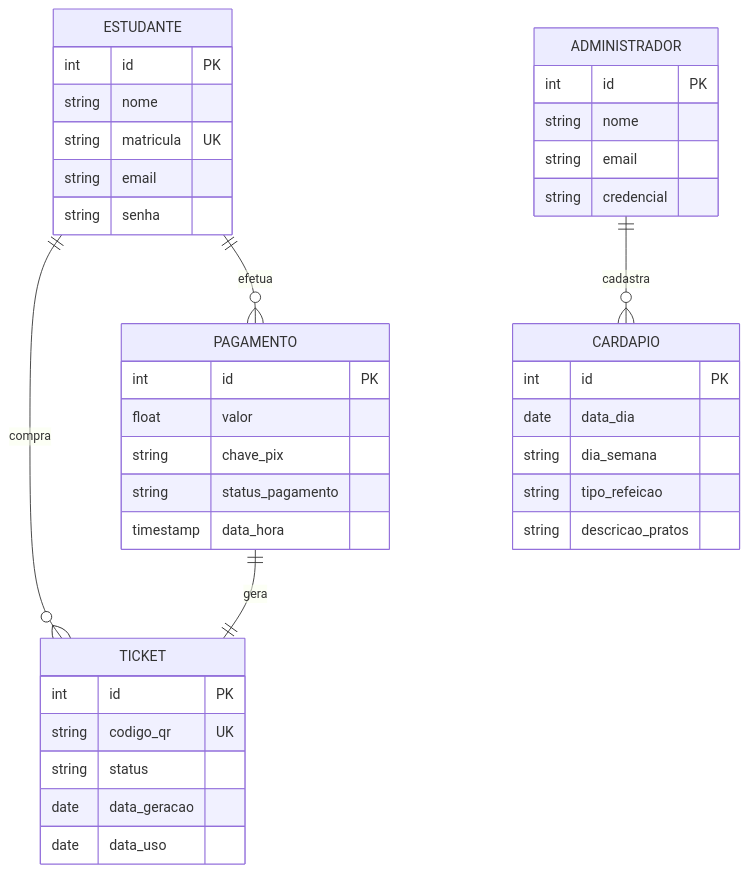
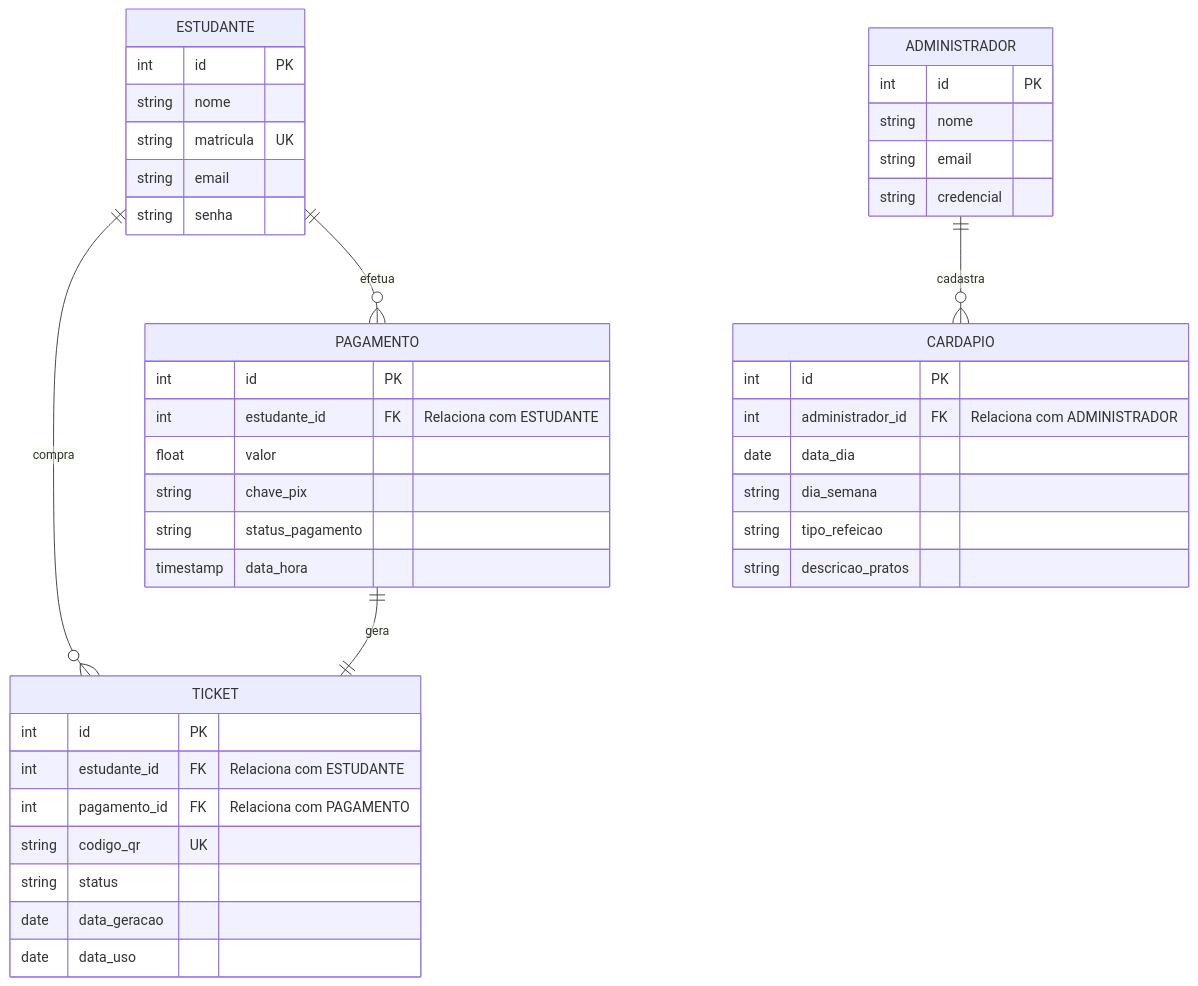
One commit to VitorLucas007/TCC changed the second of 4 diagrams in README.md. Above: the diagram before and after it, drawn with Mermaid.

````diff
--- a/README.md
+++ b/README.md
@@ -50,46 +50,50 @@
 ```mermaid
 erDiagram
     ESTUDANTE ||--o{ TICKET : "compra"
     ESTUDANTE ||--o{ PAGAMENTO : "efetua"
     PAGAMENTO ||--|| TICKET : "gera"
     ADMINISTRADOR ||--o{ CARDAPIO : "cadastra"
 
     ESTUDANTE {
         int id PK
         string nome
         string matricula UK
         string email
         string senha
     }
 
     TICKET {
         int id PK
+        int estudante_id FK "Relaciona com ESTUDANTE"
+        int pagamento_id FK "Relaciona com PAGAMENTO"
         string codigo_qr UK
         string status
         date data_geracao
         date data_uso
     }
 
     PAGAMENTO {
         int id PK
+        int estudante_id FK "Relaciona com ESTUDANTE"
         float valor
         string chave_pix
         string status_pagamento
         timestamp data_hora
     }
 
     CARDAPIO {
         int id PK
+        int administrador_id FK "Relaciona com ADMINISTRADOR"
         date data_dia
         string dia_semana
         string tipo_refeicao
         string descricao_pratos
     }
 
     ADMINISTRADOR {
         int id PK
         string nome
         string email
         string credencial
     }
 ```
````
